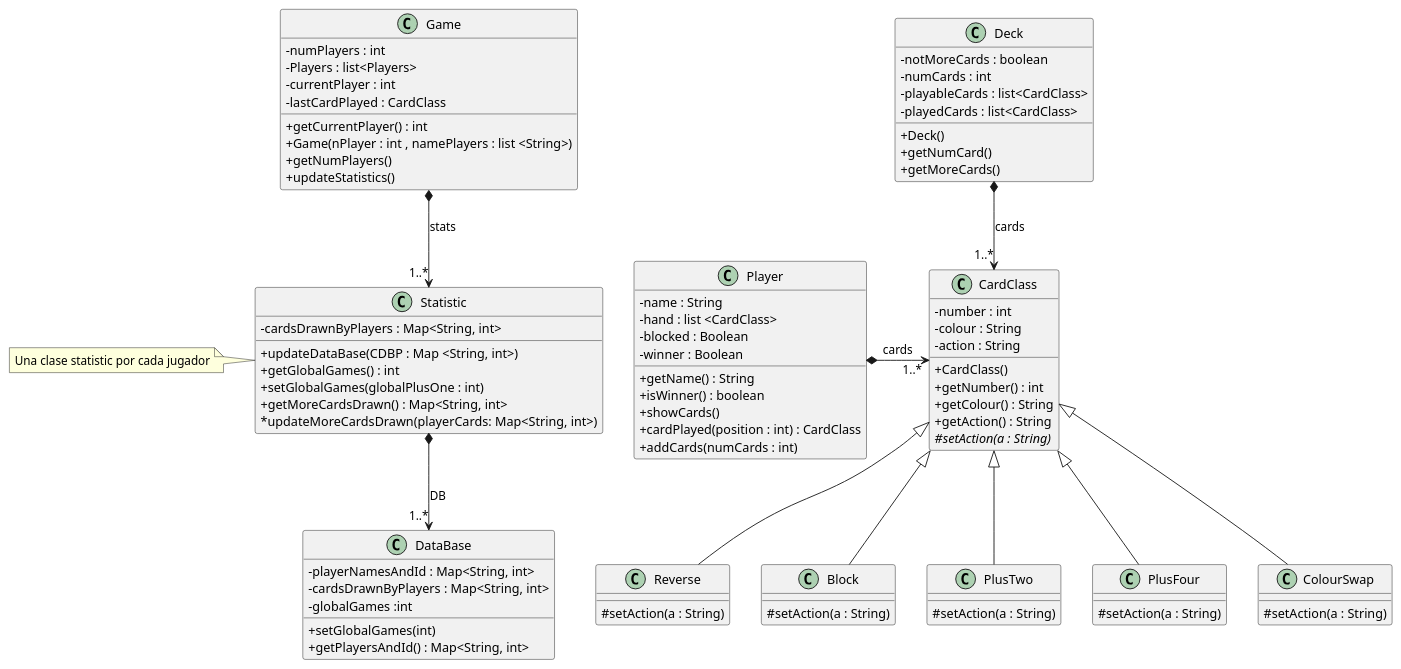
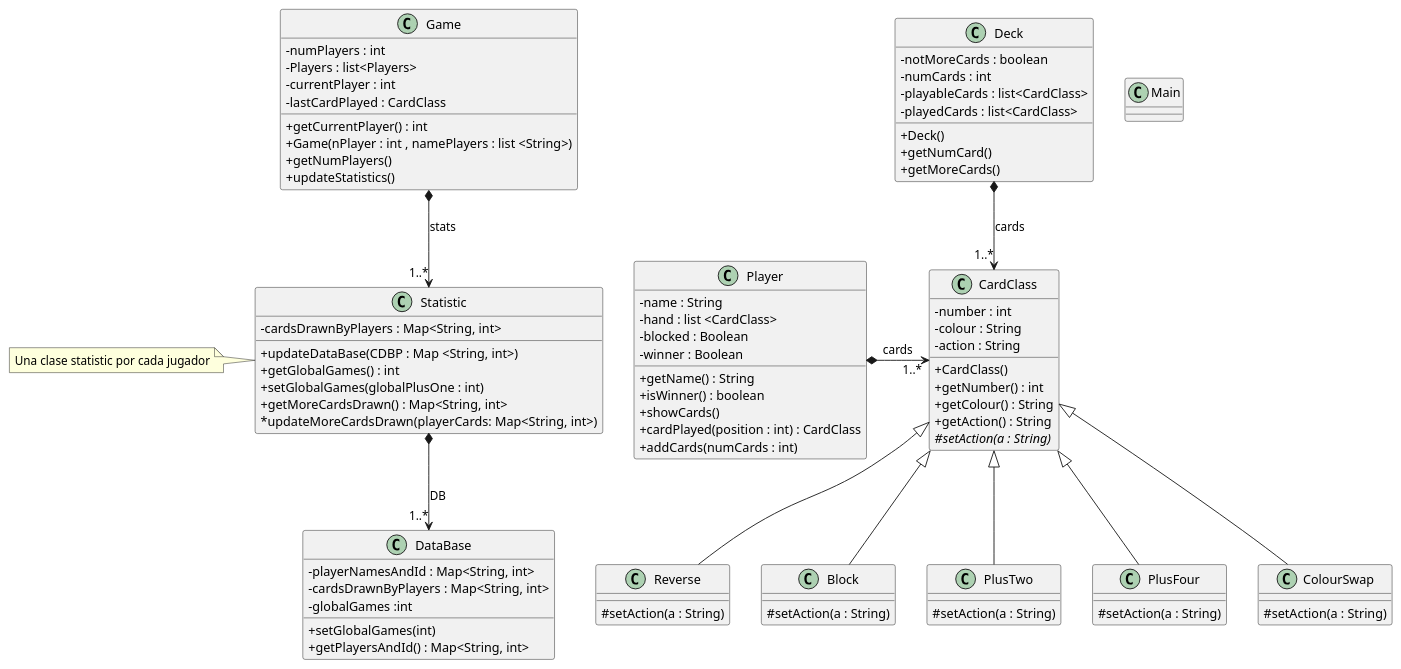
The diagram in Diagrams/class.puml (TheRospetit/TQSito), drawn with PlantUML before and after one commit. The commit also changed 1 other file, not shown here.

Commit message:
ClassDiagram Main class

```diff
--- a/Diagrams/class.puml
+++ b/Diagrams/class.puml
@@ -1,105 +1,105 @@
 @startuml
 
 skinparam classAttributeIconSize 0
 
-
+class Main {}
 
 class Player {
 'Nombre que solo tendrá una persona, nadie más puede tener el mismo nombre
 - name : String
 '- id : int
 - hand : list <CardClass>
 - blocked : Boolean
 - winner : Boolean
 
 + getName() : String
 '+ getInt() : int
 + isWinner() : boolean
 + showCards()
 + cardPlayed(position : int) : CardClass
 + addCards(numCards : int)
 }
 
 class CardClass{
 - number : int
 - colour : String
 - action : String
 + CardClass()
 + getNumber() : int
 + getColour() : String
 + getAction() : String
 # {abstract} setAction(a : String)
 }
 
 class Reverse extends CardClass{
 # setAction(a : String)
 }
 
 class Block extends CardClass{
 # setAction(a : String)
 }
 
 class PlusTwo extends CardClass{
 # setAction(a : String)
 }
 
 class PlusFour extends CardClass{
 # setAction(a : String)
 }
 
 class ColourSwap extends CardClass{
 # setAction(a : String)
 }
 
 
 class Statistic{
 - cardsDrawnByPlayers : Map<String, int> /'Map donde almacenamos las cartas que ha robado cada jugador con su nombre y el número de cartas'/
 
 + updateDataBase(CDBP : Map <String, int>) /'Actualiza la base de datos pasando el player y el número de cartas que ha robado'/
 + getGlobalGames() : int
 + setGlobalGames(globalPlusOne : int)
 + getMoreCardsDrawn() : Map<String, int>
 * updateMoreCardsDrawn(playerCards: Map<String, int>)
 }
 
 'Los nombres no se pueden repetir entre ellos, así tenemos un solo ID asignado a un nombre'
 class DataBase{
 - playerNamesAndId : Map<String, int> /'lista de jugadores con sus respectivos id'/
 - cardsDrawnByPlayers : Map<String, int>
 - globalGames :int
 
 + setGlobalGames(int)
 + getPlayersAndId() : Map<String, int> /'te devuelve la lista de jugadores con sus respectivos id'/
 }
 
 class Deck{
 - notMoreCards : boolean
 - numCards : int
 - playableCards : list<CardClass>
 - playedCards : list<CardClass>
 
 + Deck()
 + getNumCard()
 + getMoreCards() /'Shuffle the cards of the played list and add them to the playableCards'/
 }
 
 class Game{
 - numPlayers : int
 - Players : list<Players>
 - currentPlayer : int
 - lastCardPlayed : CardClass
 
 + getCurrentPlayer() : int
 + Game(nPlayer : int , namePlayers : list <String>)
 + getNumPlayers()
 + updateStatistics()
 }
 
 class Statistic
 note left: Una clase statistic por cada jugador
 
 Deck *-down-> "1..*" CardClass : cards
 Player *-> "1..*" CardClass : cards
 Game *-down-> "1..*" Statistic : stats
 Statistic *-down-> "1..*" DataBase : DB
 @enduml
```
